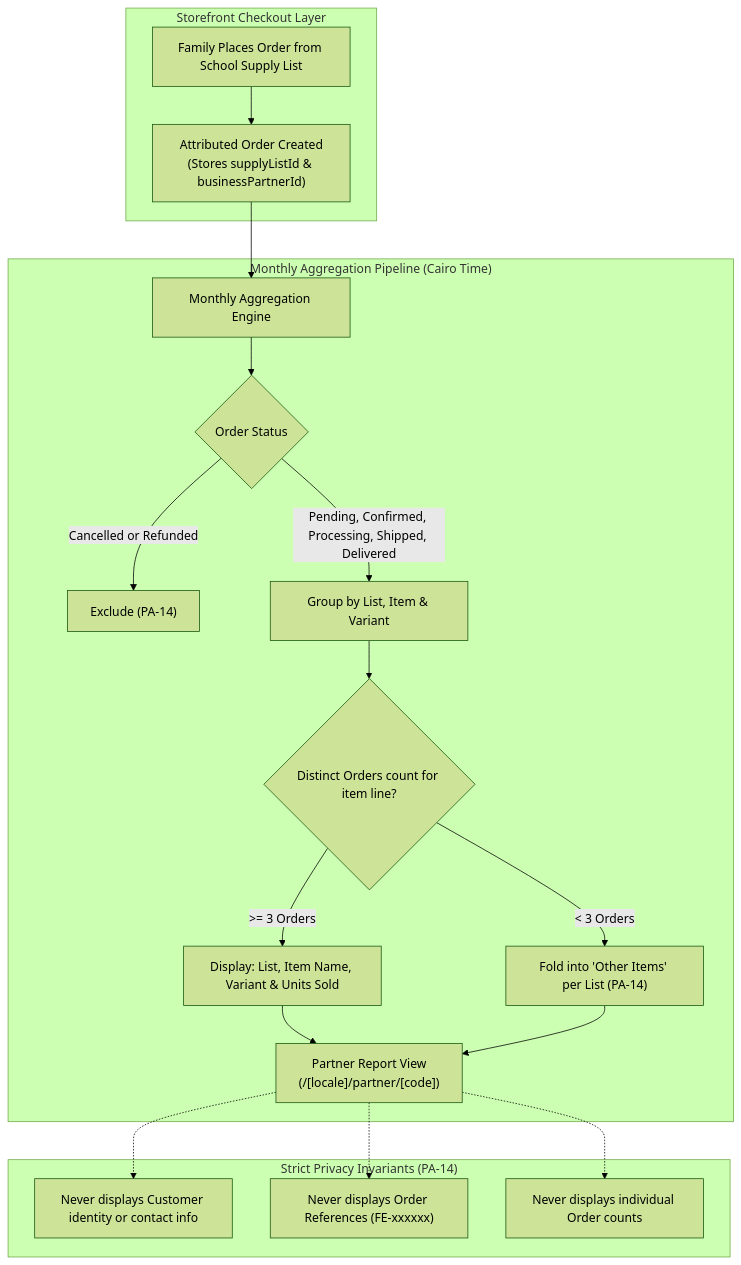
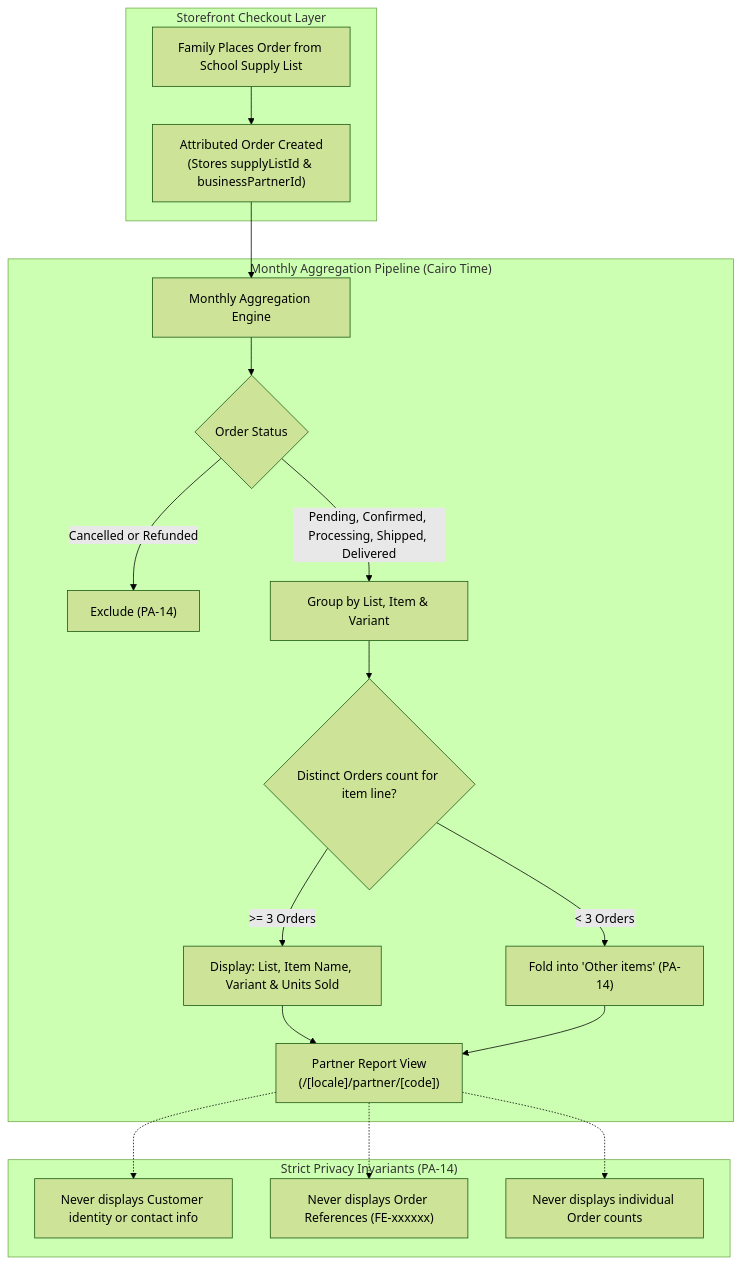
One commit to 3mrhussein/findeg changed the first of 2 diagrams in docs/business/partners.md. Above: the diagram before and after it, drawn with Mermaid (forest theme). The commit also changed 3 other files, not shown here.

````diff
--- a/docs/business/partners.md
+++ b/docs/business/partners.md
@@ -51,26 +51,26 @@
 ```mermaid
 flowchart TD
     subgraph StorefrontSales["Storefront Checkout Layer"]
         OrderPlacement["Family Places Order from School Supply List"] --> AttributedOrder["Attributed Order Created<br/>(Stores supplyListId & businessPartnerId)"]
     end
 
     subgraph MonthlyReporting["Monthly Aggregation Pipeline (Cairo Time)"]
         AttributedOrder --> QueryEngine["Monthly Aggregation Engine"]
         QueryEngine --> StatusFilter{"Order Status"}
         StatusFilter -->|Cancelled or Refunded| Exclude["Exclude (PA-14)"]
         StatusFilter -->|Pending, Confirmed, Processing, Shipped, Delivered| AggregateItems["Group by List, Item & Variant"]
 
         AggregateItems --> AnonymityCheck{"Distinct Orders count for item line?"}
         AnonymityCheck -->|>= 3 Orders| StandardRow["Display: List, Item Name, Variant & Units Sold"]
-        AnonymityCheck -->|< 3 Orders| FoldRow["Fold into 'Other Items' per List (PA-14)"]
+        AnonymityCheck -->|< 3 Orders| FoldRow["Fold into 'Other items' (PA-14)"]
 
         StandardRow --> PartnerReportTable["Partner Report View<br/>(/[locale]/partner/[code])"]
         FoldRow --> PartnerReportTable
     end
 
     subgraph PrivacyGuarantees["Strict Privacy Invariants (PA-14)"]
         PartnerReportTable -.-> G1["Never displays Customer identity or contact info"]
         PartnerReportTable -.-> G2["Never displays Order References (FE-xxxxxx)"]
         PartnerReportTable -.-> G3["Never displays individual Order counts"]
     end
 ```
````
